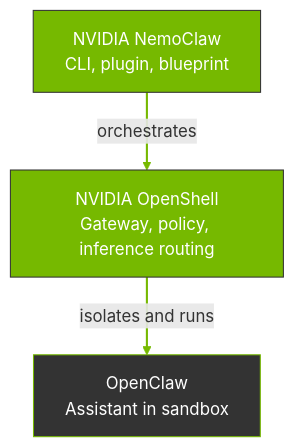
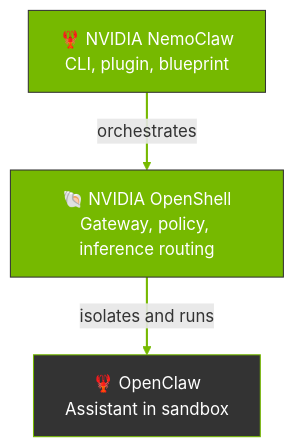
One commit to okwn/NemoClaw changed the diagram in docs/about/ecosystem.mdx. Above: the diagram before and after it, drawn with Mermaid. The commit also changed other lines of this file and 4 other files, not shown here.

````diff
--- a/docs/about/ecosystem.mdx
+++ b/docs/about/ecosystem.mdx
@@ -19,19 +18,20 @@
 ```mermaid
 flowchart TB
-    NC["NVIDIA NemoClaw<br/>CLI, plugin, blueprint"]
-    OS["NVIDIA OpenShell<br/>Gateway, policy, inference routing"]
-    OC["OpenClaw<br/>Assistant in sandbox"]
+    NC["🦞 NVIDIA NemoClaw<br/>CLI, plugin, blueprint"]
+    OS["🐚 NVIDIA OpenShell<br/>Gateway, policy, inference routing"]
+    OC["🦞 OpenClaw<br/>Assistant in sandbox"]
 
     NC -->|orchestrates| OS
     OS -->|isolates and runs| OC
 
     classDef nv fill:#76b900,stroke:#333,color:#fff
+    classDef nvLight fill:#e6f2cc,stroke:#76b900,color:#1a1a1a
     classDef nvDark fill:#333,stroke:#76b900,color:#fff
 
     class NC nv
     class OS nv
     class OC nvDark
 
     linkStyle 0 stroke:#76b900,stroke-width:2px
     linkStyle 1 stroke:#76b900,stroke-width:2px
 ```
````
